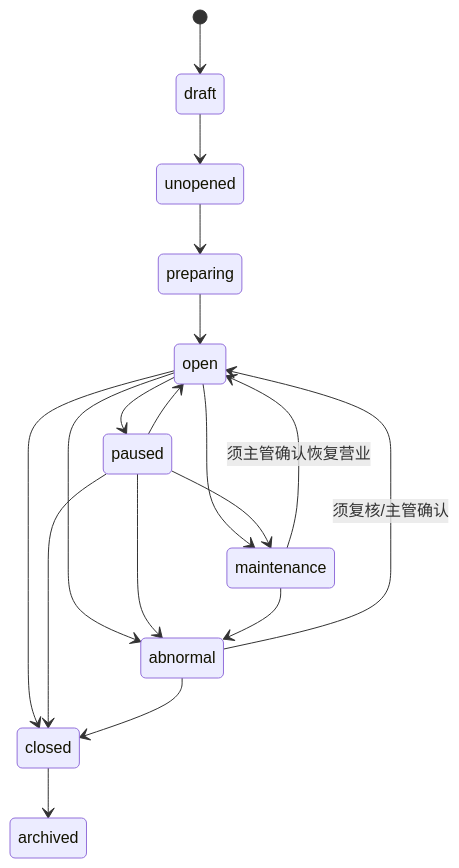
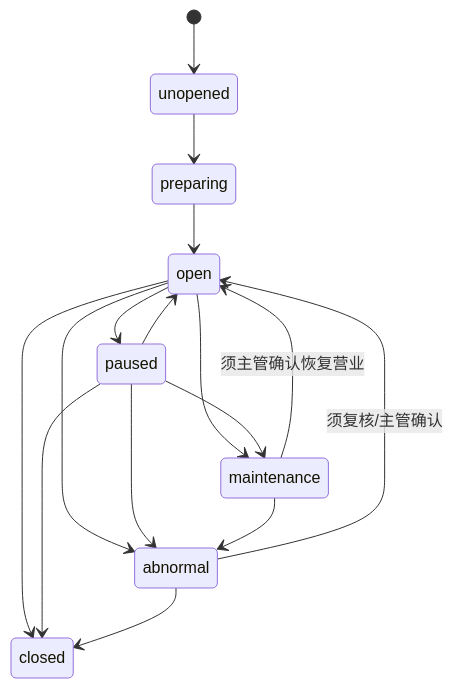
Before and after one commit to jxh1979/mall: the diagram in docs/amusement-operations-development-design.md, drawn with Mermaid. The commit also changed other lines of this file and 9 other files, not shown here.

````diff
--- a/docs/amusement-operations-development-design.md
+++ b/docs/amusement-operations-development-design.md
@@ -136,20 +146,18 @@
 ```mermaid
 stateDiagram-v2
-    [*] --> draft
-    draft --> unopened
+    [*] --> unopened
     unopened --> preparing
     preparing --> open
     open --> paused
     paused --> open
     open --> maintenance
     paused --> maintenance
     open --> abnormal
     paused --> abnormal
     maintenance --> abnormal
     maintenance --> open : 须主管确认恢复营业
     abnormal --> open : 须复核/主管确认
     open --> closed
     paused --> closed
     abnormal --> closed
-    closed --> archived
 ```
````
